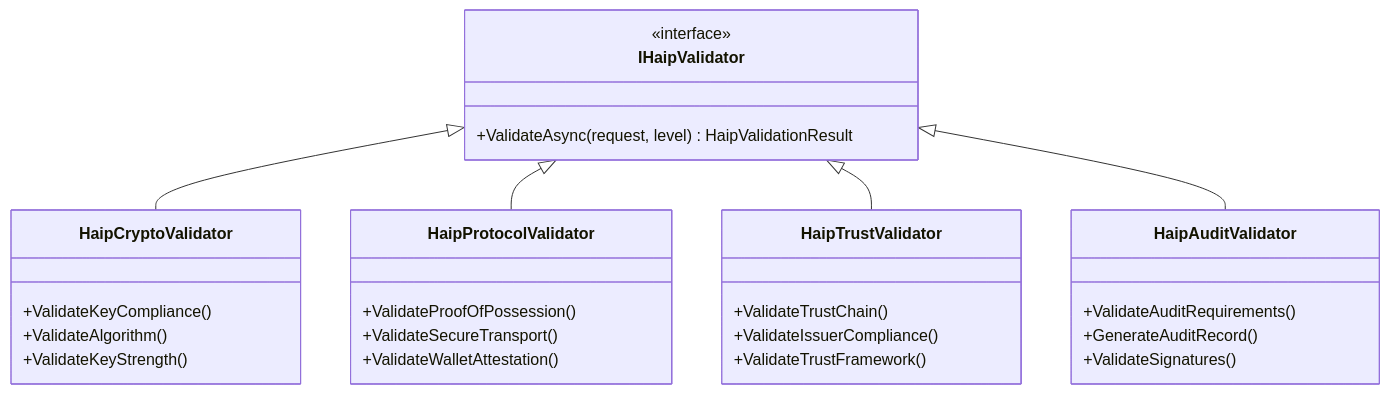
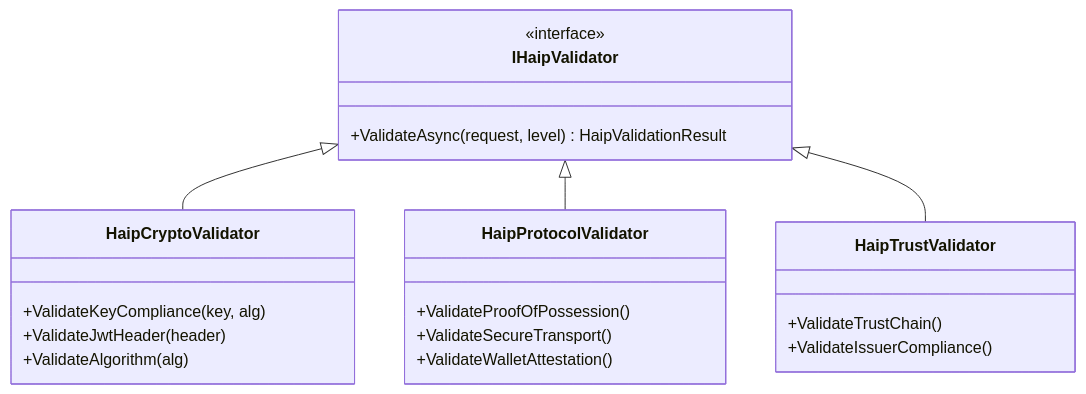
Before and after one commit to openwallet-foundation-labs/sd-jwt-dotnet: the diagram in docs/concepts/haip-compliance.md, drawn with Mermaid. The commit also changed other lines of this file and 163 other files, not shown here.

````diff
--- a/docs/concepts/haip-compliance.md
+++ b/docs/concepts/haip-compliance.md
@@ -47,36 +66,28 @@
 ```mermaid
 classDiagram
     class IHaipValidator {
         <<interface>>
         +ValidateAsync(request, level) HaipValidationResult
     }
-    
+
     class HaipCryptoValidator {
-        +ValidateKeyCompliance()
-        +ValidateAlgorithm()
-        +ValidateKeyStrength()
+        +ValidateKeyCompliance(key, alg)
+        +ValidateJwtHeader(header)
+        +ValidateAlgorithm(alg)
     }
-    
+
     class HaipProtocolValidator {
         +ValidateProofOfPossession()
         +ValidateSecureTransport()
         +ValidateWalletAttestation()
     }
-    
+
     class HaipTrustValidator {
         +ValidateTrustChain()
         +ValidateIssuerCompliance()
-        +ValidateTrustFramework()
     }
-    
-    class HaipAuditValidator {
-        +ValidateAuditRequirements()
-        +GenerateAuditRecord()
-        +ValidateSignatures()
-    }
-    
+
     IHaipValidator <|-- HaipCryptoValidator
     IHaipValidator <|-- HaipProtocolValidator
     IHaipValidator <|-- HaipTrustValidator
-    IHaipValidator <|-- HaipAuditValidator
 ```
````
